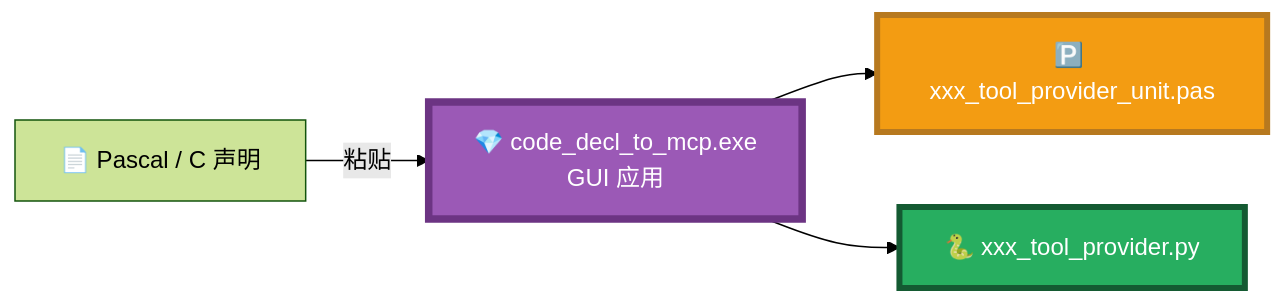
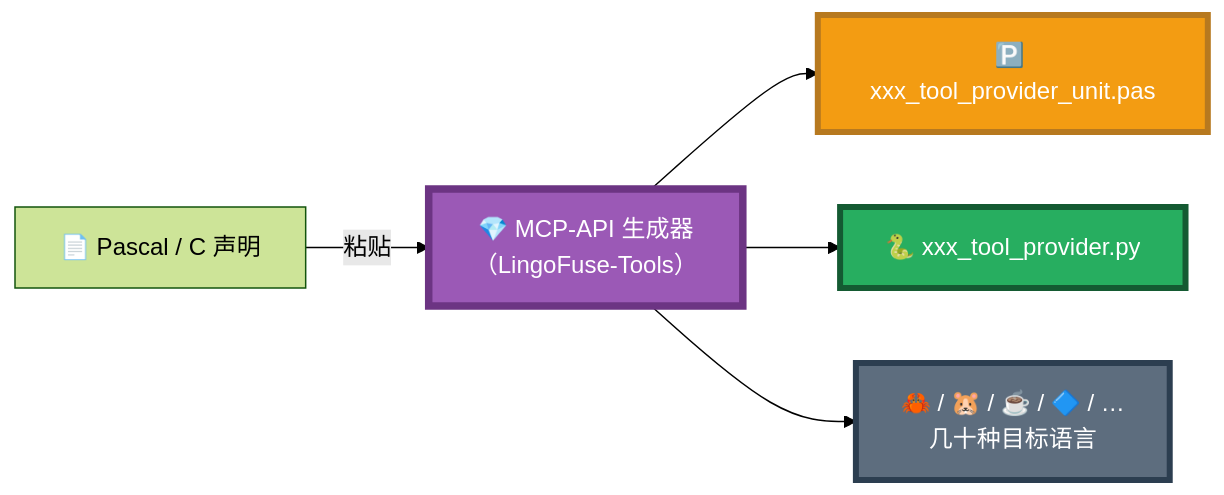
The sixth of 12 diagrams in Pascal_Integration_Guide.md (PassByYou888/LingoFuse-pasAgent-v3), drawn with Mermaid (forest theme) before and after one commit. The commit also changed other lines of this file and 83 other files, not shown here.

````diff
--- a/Pascal_Integration_Guide.md
+++ b/Pascal_Integration_Guide.md
@@ -164,10 +170,12 @@
 ```mermaid
 flowchart LR
-    A["📄 Pascal / C 声明"] -->|"粘贴"| B["💎 code_decl_to_mcp.exe<br/>GUI 应用"]
+    A["📄 Pascal / C 声明"] -->|"粘贴"| B["💎 MCP-API 生成器<br/>（LingoFuse-Tools）"]
     B --> C1["🅿️ xxx_tool_provider_unit.pas"]
     B --> C2["🐍 xxx_tool_provider.py"]
+    B --> C3["🦀 / 🐹 / ☕ / 🔷 / …<br/>几十种目标语言"]
 
     style B fill:#9B59B6,stroke:#6C3483,stroke-width:5px,color:#FFFFFF
     style C1 fill:#F39C12,stroke:#B7791F,stroke-width:4px,color:#FFFFFF
     style C2 fill:#27AE60,stroke:#145A32,stroke-width:4px,color:#FFFFFF
+    style C3 fill:#5D6D7E,stroke:#2C3E50,stroke-width:4px,color:#FFFFFF
 ```
````
